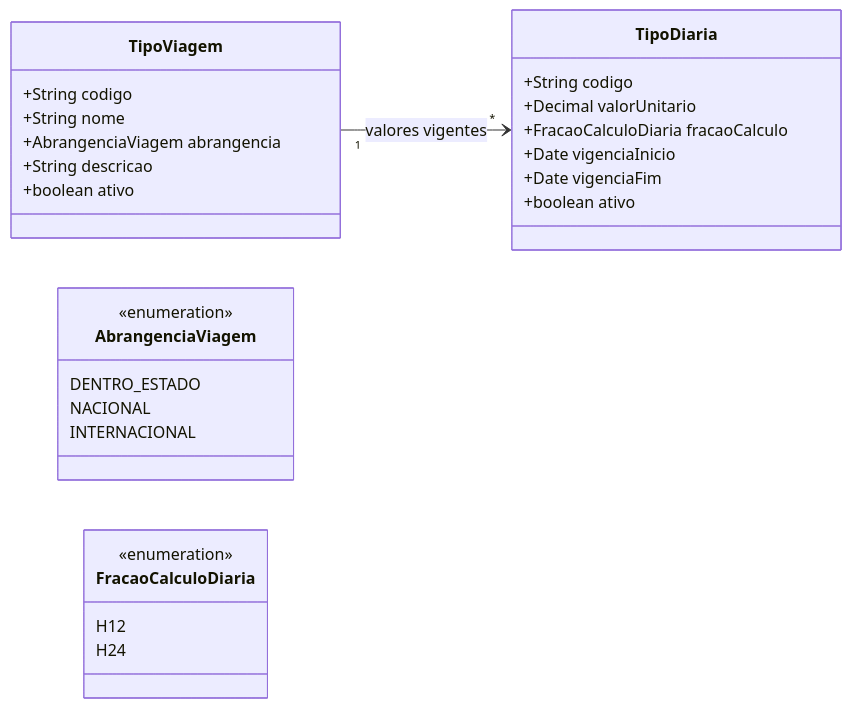
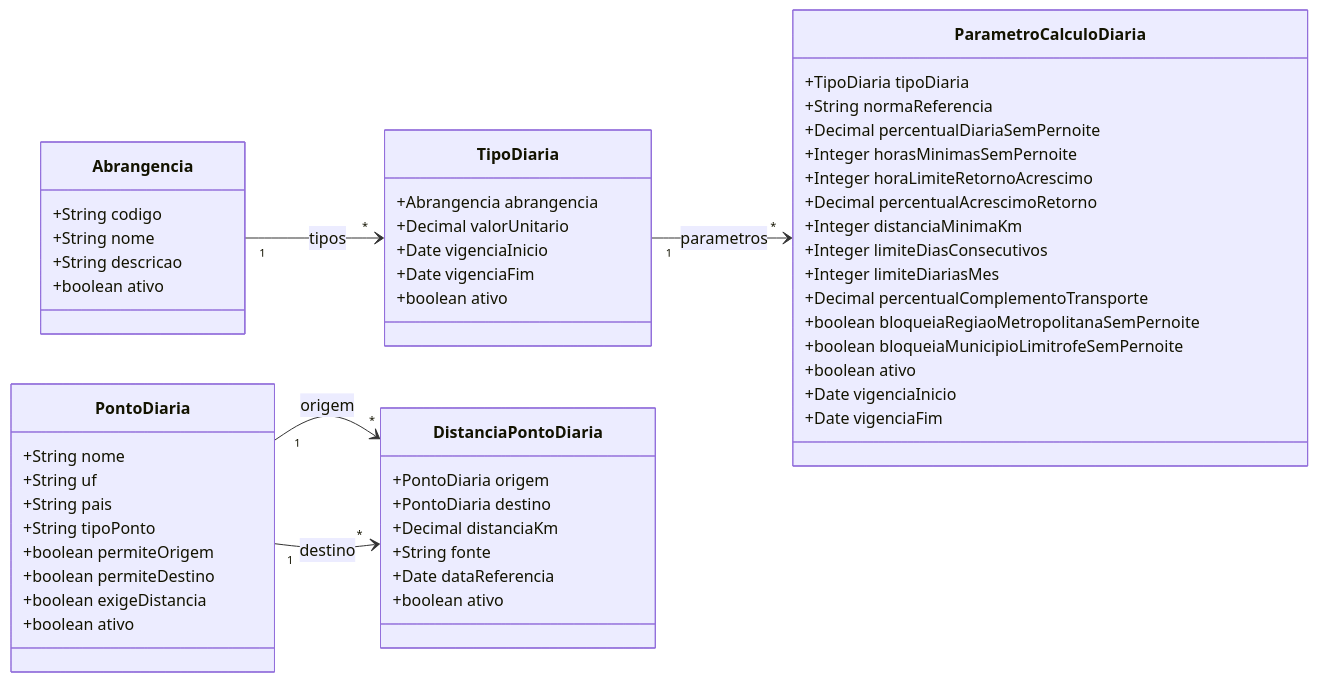
Before and after one commit to Czzped/conecta-fapes-teste: the diagram in docs/implementation/modules/M008-cadastros-corporativos/diarias/modelo-estrutural.md, drawn with Mermaid. The commit also changed other lines of this file and 30 other files, not shown here.

````diff
--- a/docs/implementation/modules/M008-cadastros-corporativos/diarias/modelo-estrutural.md
+++ b/docs/implementation/modules/M008-cadastros-corporativos/diarias/modelo-estrutural.md
@@ -14,36 +17,62 @@
 ```mermaid
 classDiagram
     direction LR
 
-    class TipoViagem {
+    class Abrangencia {
         +String codigo
         +String nome
-        +AbrangenciaViagem abrangencia
         +String descricao
         +boolean ativo
     }
 
     class TipoDiaria {
-        +String codigo
+        +Abrangencia abrangencia
         +Decimal valorUnitario
-        +FracaoCalculoDiaria fracaoCalculo
         +Date vigenciaInicio
         +Date vigenciaFim
         +boolean ativo
     }
 
-    class AbrangenciaViagem {
-        <<enumeration>>
-        DENTRO_ESTADO
-        NACIONAL
-        INTERNACIONAL
+    class ParametroCalculoDiaria {
+        +TipoDiaria tipoDiaria
+        +String normaReferencia
+        +Decimal percentualDiariaSemPernoite
+        +Integer horasMinimasSemPernoite
+        +Integer horaLimiteRetornoAcrescimo
+        +Decimal percentualAcrescimoRetorno
+        +Integer distanciaMinimaKm
+        +Integer limiteDiasConsecutivos
+        +Integer limiteDiariasMes
+        +Decimal percentualComplementoTransporte
+        +boolean bloqueiaRegiaoMetropolitanaSemPernoite
+        +boolean bloqueiaMunicipioLimitrofeSemPernoite
+        +boolean ativo
+        +Date vigenciaInicio
+        +Date vigenciaFim
     }
 
-    class FracaoCalculoDiaria {
-        <<enumeration>>
-        H12
-        H24
+    class PontoDiaria {
+        +String nome
+        +String uf
+        +String pais
+        +String tipoPonto
+        +boolean permiteOrigem
+        +boolean permiteDestino
+        +boolean exigeDistancia
+        +boolean ativo
     }
 
-    TipoViagem "1" --> "*" TipoDiaria : valores vigentes
+    class DistanciaPontoDiaria {
+        +PontoDiaria origem
+        +PontoDiaria destino
+        +Decimal distanciaKm
+        +String fonte
+        +Date dataReferencia
+        +boolean ativo
+    }
+
+    Abrangencia "1" --> "*" TipoDiaria : tipos
+    TipoDiaria "1" --> "*" ParametroCalculoDiaria : parametros
+    PontoDiaria "1" --> "*" DistanciaPontoDiaria : origem
+    PontoDiaria "1" --> "*" DistanciaPontoDiaria : destino
 ```
````
